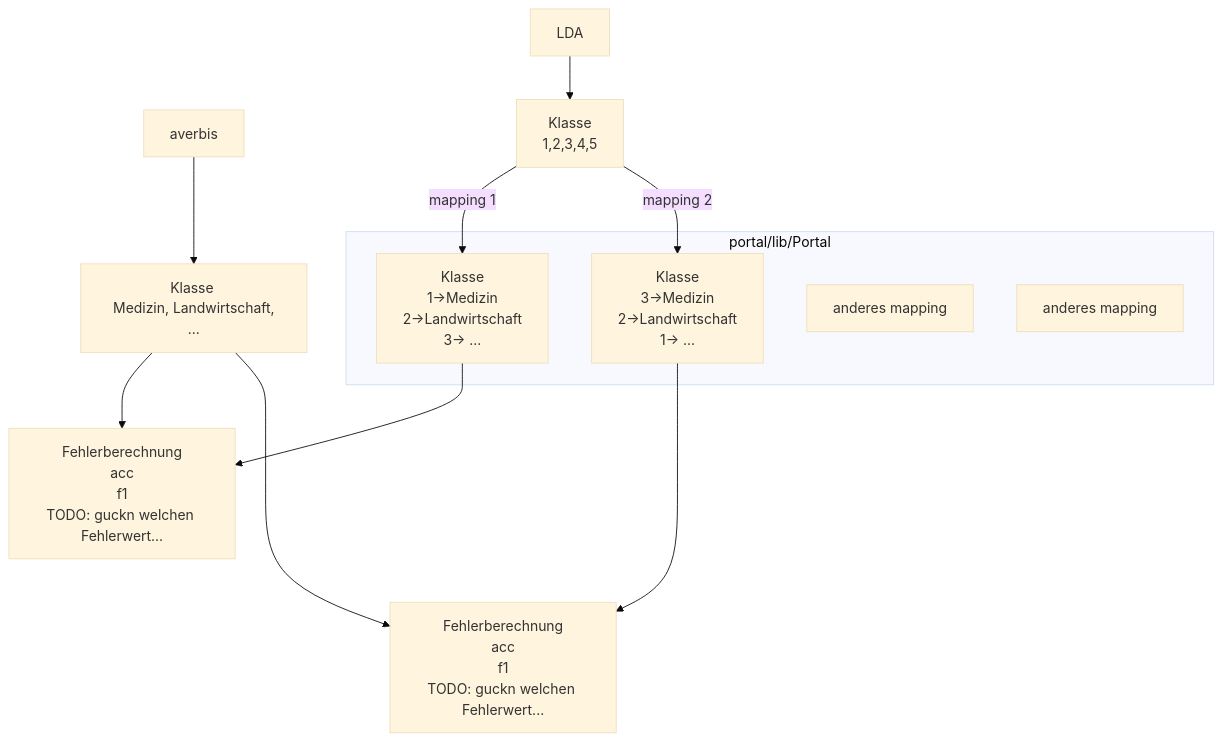
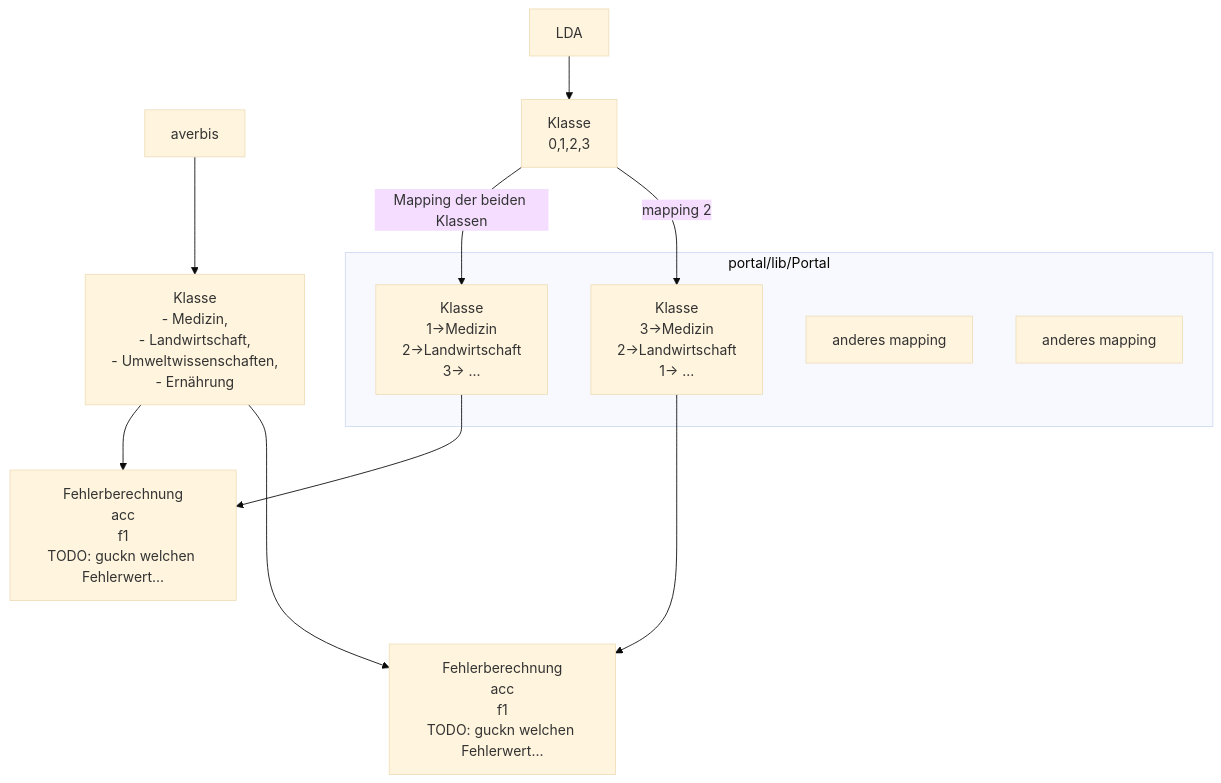
Before and after one commit to mullrich192/BA_text_classification: the diagram in README.md, drawn with Mermaid (base theme). The commit also changed other lines of this file and 21 other files, not shown here.

````diff
--- a/README.md
+++ b/README.md
@@ -3,31 +3,31 @@
 ```mermaid
 
 graph TD
 
 subgraph portal/lib/Portal
 class2
 class2a
 class2b[anderes mapping]
 class2c[anderes mapping]
 end
 
 
-averbis-->classa[Klasse <br> Medizin, Landwirtschaft, ...]
-LDA-->class1[Klasse <br> 1,2,3,4,5]
+averbis-->classa[Klasse <br> - Medizin, <br> - Landwirtschaft, <br> - Umweltwissenschaften, <br> - Ernährung]
+LDA-->class1[Klasse <br> 0,1,2,3]
 
-class1-->|mapping 1|class2[Klasse <br> 1->Medizin <br> 2->Landwirtschaft <br>3-> ...]
+class1-->|Mapping der beiden Klassen|class2[Klasse <br> 1->Medizin <br> 2->Landwirtschaft <br>3-> ...]
 
 classa-->error[Fehlerberechnung<br>acc<br>f1<br>TODO: guckn welchen Fehlerwert...]
 class2-->error
 
 
 class1-->|mapping 2|class2a[Klasse <br> 3->Medizin <br> 2->Landwirtschaft <br>1-> ...]
 
 classa---> errora[Fehlerberechnung<br>acc<br>f1<br>TODO: guckn welchen Fehlerwert...]
 class2a--->errora
 
 
 
 
 
 ```
````
